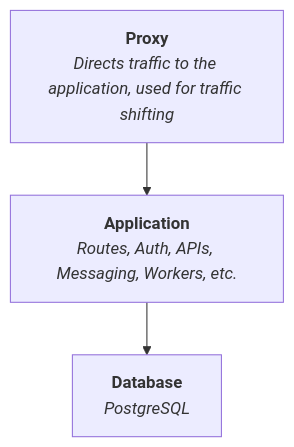
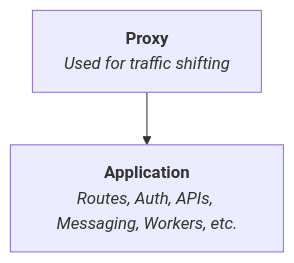
One commit to explodinglabs/superstack changed the diagram in README.md. Above: the diagram before and after it, drawn with Mermaid. The commit also changed other lines of this file, not shown here.

````diff
--- a/README.md
+++ b/README.md
@@ -15,6 +15,5 @@
 ```mermaid
 flowchart TD
-    Proxy["<b>Proxy</b><br><i>Directs traffic to the application, used for traffic shifting</i>"]
+    Proxy["<b>Proxy</b><br><i>Used for traffic shifting</i>"]
     Proxy --> App["<b>Application</b><br><i>Routes, Auth, APIs, Messaging, Workers, etc.</i>"]
-    App --> Database["<b>Database</b><br><i>PostgreSQL</i>"]
 ```
````
